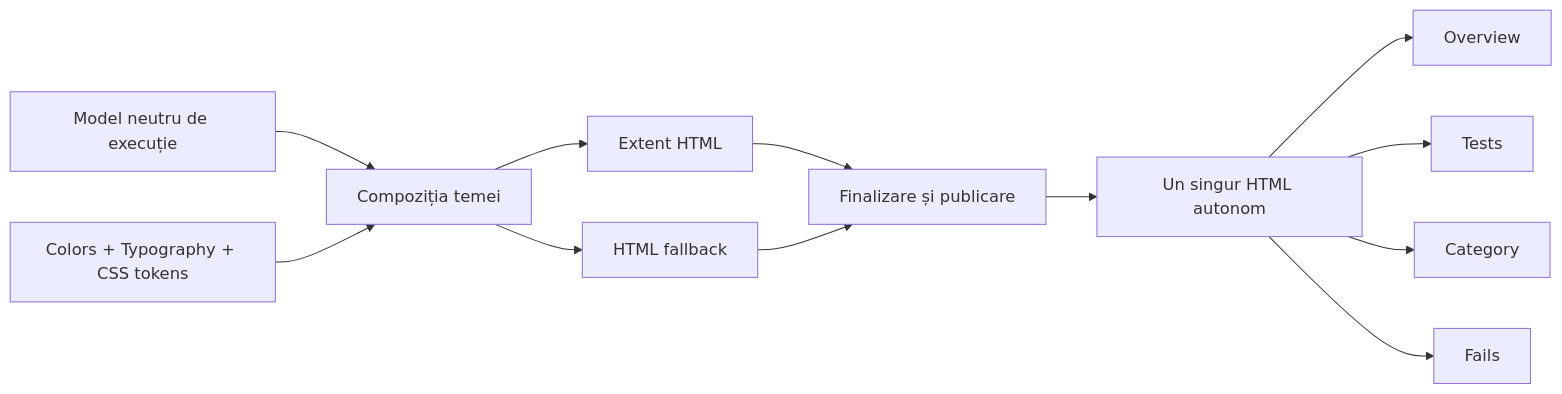
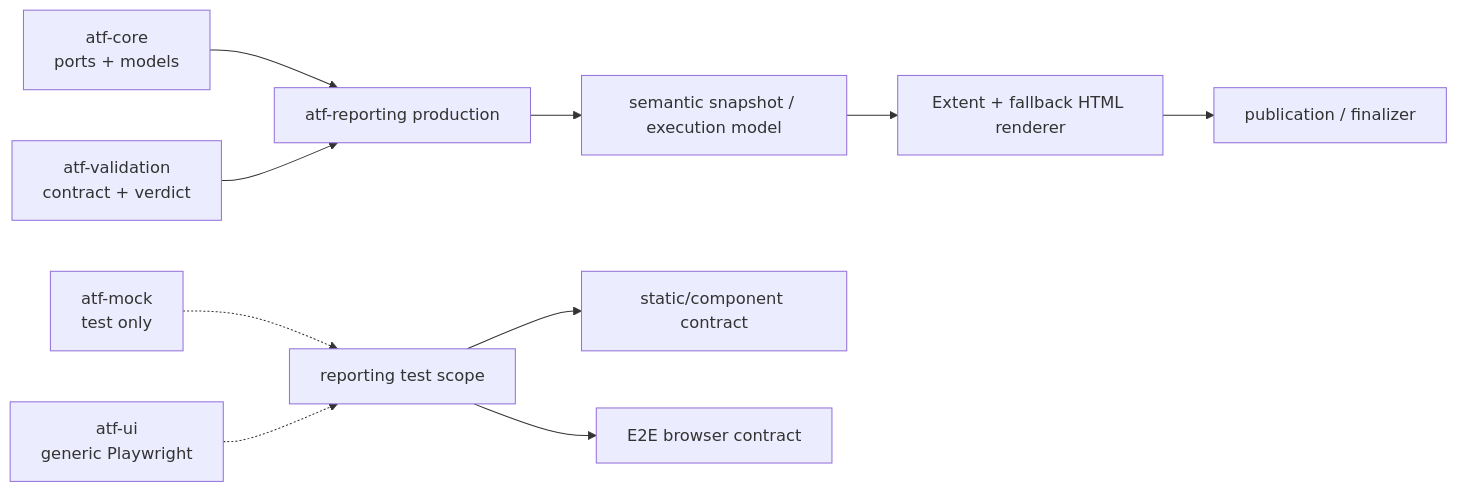
The first of 3 diagrams in atf-reporting/README.md (crististefanita/demo2), drawn with Mermaid before and after one commit. The commit also changed other lines of this file and 647 other files, not shown here.

````diff
--- a/atf-reporting/README.md
+++ b/atf-reporting/README.md
@@ -28,14 +14,12 @@
 ```mermaid
 flowchart LR
-    Model[Model neutru de execuție] --> Theme[Compoziția temei]
-    Tokens[Colors + Typography + CSS tokens] --> Theme
-    Theme --> Extent[Extent HTML]
-    Theme --> Fallback[HTML fallback]
-    Extent --> Finalizer[Finalizare și publicare]
-    Fallback --> Finalizer
-    Finalizer --> Artifact[Un singur HTML autonom]
-    Artifact --> Overview[Overview]
-    Artifact --> Tests[Tests]
-    Artifact --> Category[Category]
-    Artifact --> Fails[Fails]
+    Core[atf-core<br/>ports + models] --> Reporting[atf-reporting production]
+    Validation[atf-validation<br/>contract + verdict] --> Reporting
+    Reporting --> Semantic[semantic snapshot / execution model]
+    Semantic --> Renderer[Extent + fallback HTML renderer]
+    Renderer --> Publisher[publication / finalizer]
+    Mock[atf-mock<br/>test only] -.-> TestKit[reporting test scope]
+    Ui[atf-ui<br/>generic Playwright] -.-> TestKit
+    TestKit --> Contract[static/component contract]
+    TestKit --> Browser[E2E browser contract]
 ```
````
